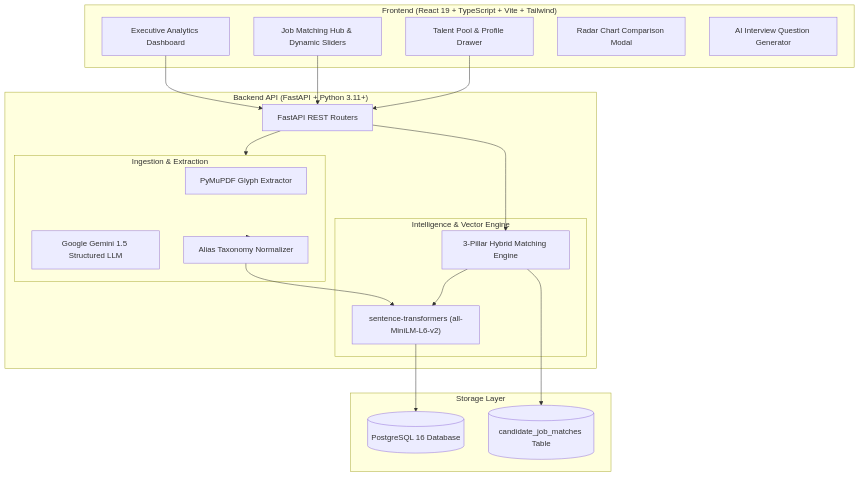
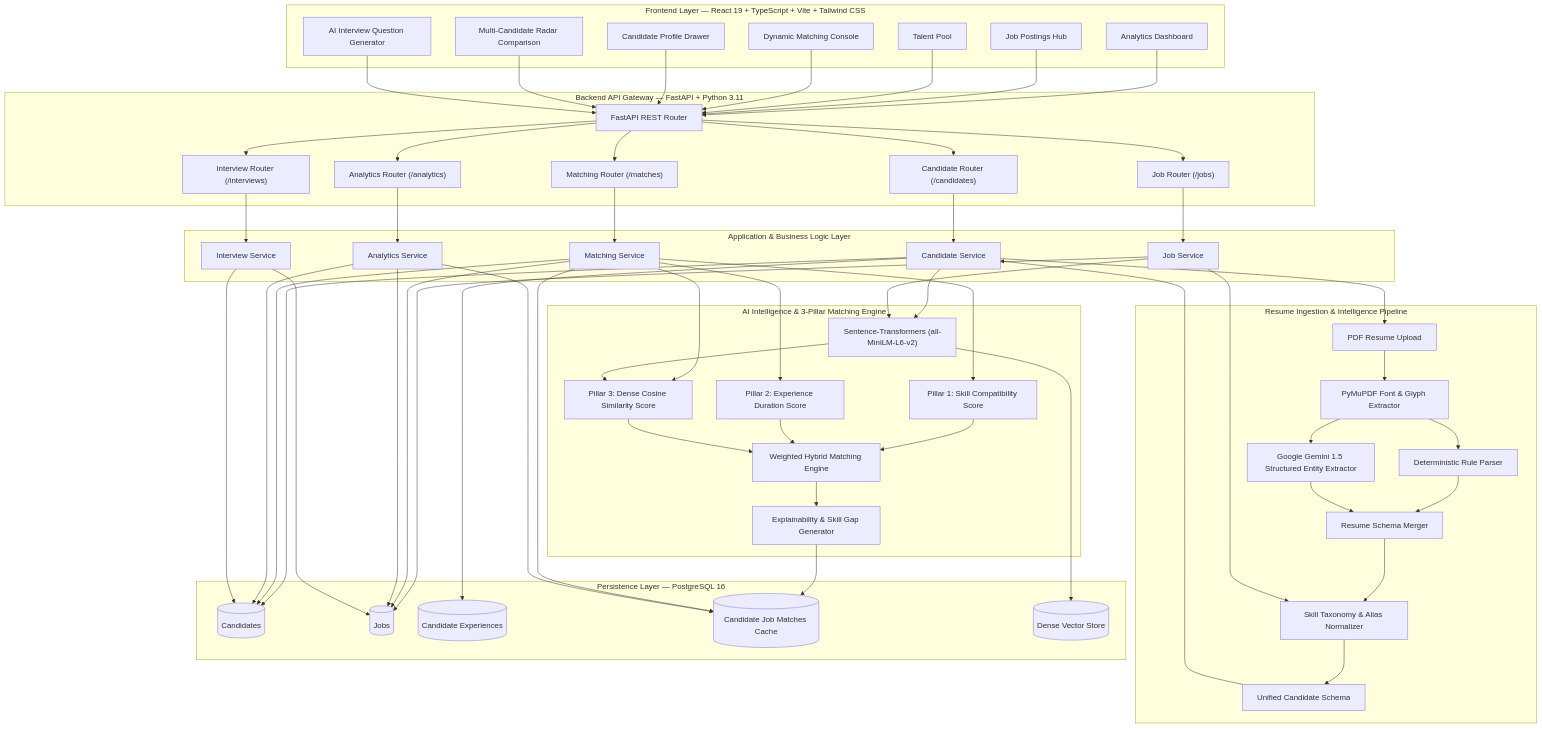
The diagram in README.md (KumarDhananjaya/talentiq-ai), drawn with Mermaid before and after one commit.

Commit message:
Revise system architecture diagram in README

````diff
--- a/README.md
+++ b/README.md
@@ -73,43 +73,149 @@
 ```mermaid
 flowchart TD
-    subgraph Client["Frontend (React 19 + TypeScript + Vite + Tailwind)"]
-        Dashboard["Executive Analytics Dashboard"]
-        JobHub["Job Matching Hub & Dynamic Sliders"]
-        TalentPool["Talent Pool & Profile Drawer"]
-        RadarCompare["Radar Chart Comparison Modal"]
-        InterviewGen["AI Interview Question Generator"]
+
+    %% ==========================================
+    %% 1. PRESENTATION LAYER
+    %% ==========================================
+    subgraph Client["Frontend Layer — React 19 + TypeScript + Vite + Tailwind CSS"]
+        Dashboard["Analytics Dashboard"]
+        Jobs["Job Postings Hub"]
+        Candidates["Talent Pool"]
+        MatchingUI["Dynamic Matching Console"]
+        CandidateProfile["Candidate Profile Drawer"]
+        Comparison["Multi-Candidate Radar Comparison"]
+        InterviewAI["AI Interview Question Generator"]
     end
 
-    subgraph Backend["Backend API (FastAPI + Python 3.11+)"]
-        API["FastAPI REST Routers"]
-        
-        subgraph Pipeline["Ingestion & Extraction"]
-            PDFParser["PyMuPDF Glyph Extractor"]
-            LLMParser["Google Gemini 1.5 Structured LLM"]
-            Taxonomy["Alias Taxonomy Normalizer"]
-        end
+    %% ==========================================
+    %% 2. API GATEWAY & ROUTING
+    %% ==========================================
+    subgraph Backend["Backend API Gateway — FastAPI + Python 3.11"]
+        API["FastAPI REST Router"]
 
-        subgraph ML["Intelligence & Vector Engine"]
-            Embedder["sentence-transformers (all-MiniLM-L6-v2)"]
-            Matcher["3-Pillar Hybrid Matching Engine"]
-        end
+        CandidateRouter["Candidate Router (/candidates)"]
+        JobRouter["Job Router (/jobs)"]
+        MatchRouter["Matching Router (/matches)"]
+        AnalyticsRouter["Analytics Router (/analytics)"]
+        InterviewRouter["Interview Router (/interviews)"]
     end
 
-    subgraph DB["Storage Layer"]
-        Postgres[(PostgreSQL 16 Database)]
-        MatchesCache[(candidate_job_matches Table)]
+    %% ==========================================
+    %% 3. APPLICATION & DOMAIN SERVICES
+    %% ==========================================
+    subgraph Services["Application & Business Logic Layer"]
+        CandidateService["Candidate Service"]
+        JobService["Job Service"]
+        MatchingService["Matching Service"]
+        AnalyticsService["Analytics Service"]
+        InterviewService["Interview Service"]
     end
 
+    %% ==========================================
+    %% 4. INGESTION & EXTRACTION PIPELINE
+    %% ==========================================
+    subgraph ResumePipeline["Resume Ingestion & Intelligence Pipeline"]
+        Upload["PDF Resume Upload"]
+        PDFParser["PyMuPDF Font & Glyph Extractor"]
+        RuleParser["Deterministic Rule Parser"]
+        GeminiParser["Google Gemini 1.5 Structured Entity Extractor"]
+        Merge["Resume Schema Merger"]
+        Normalizer["Skill Taxonomy & Alias Normalizer"]
+        CandidateSchema["Unified Candidate Schema"]
+    end
+
+    %% ==========================================
+    %% 5. INTELLIGENCE & VECTOR ENGINE
+    %% ==========================================
+    subgraph Intelligence["AI Intelligence & 3-Pillar Matching Engine"]
+        Embedder["Sentence-Transformers (all-MiniLM-L6-v2)"]
+        
+        SkillMatch["Pillar 1: Skill Compatibility Score"]
+        ExperienceMatch["Pillar 2: Experience Duration Score"]
+        SemanticMatch["Pillar 3: Dense Cosine Similarity Score"]
+
+        HybridMatcher["Weighted Hybrid Matching Engine"]
+        Explainability["Explainability & Skill Gap Generator"]
+    end
+
+    %% ==========================================
+    %% 6. PERSISTENCE LAYER
+    %% ==========================================
+    subgraph Storage["Persistence Layer — PostgreSQL 16"]
+        CandidatesTable[("Candidates")]
+        JobsTable[("Jobs")]
+        ExperiencesTable[("Candidate Experiences")]
+        MatchesTable[("Candidate Job Matches Cache")]
+        EmbeddingsTable[("Dense Vector Store")]
+    end
+
+    %% Frontend -> Gateway
     Dashboard --> API
-    JobHub --> API
-    TalentPool --> API
-    
-    API --> Pipeline
-    Pipeline --> Taxonomy
-    Taxonomy --> Embedder
-    Embedder --> Postgres
-    
-    API --> Matcher
-    Matcher --> Embedder
-    Matcher --> MatchesCache
+    Jobs --> API
+    Candidates --> API
+    MatchingUI --> API
+    CandidateProfile --> API
+    Comparison --> API
+    InterviewAI --> API
+
+    %% Gateway -> Routers
+    API --> CandidateRouter
+    API --> JobRouter
+    API --> MatchRouter
+    API --> AnalyticsRouter
+    API --> InterviewRouter
+
+    %% Routers -> Services
+    CandidateRouter --> CandidateService
+    JobRouter --> JobService
+    MatchRouter --> MatchingService
+    AnalyticsRouter --> AnalyticsService
+    InterviewRouter --> InterviewService
+
+    %% Resume Ingestion Flow
+    CandidateService --> Upload
+    Upload --> PDFParser
+    PDFParser --> RuleParser
+    PDFParser --> GeminiParser
+    RuleParser --> Merge
+    GeminiParser --> Merge
+    Merge --> Normalizer
+    Normalizer --> CandidateSchema
+    CandidateSchema --> CandidateService
+
+    %% Job Taxonomy Processing
+    JobService --> Normalizer
+
+    %% Embeddings Processing
+    CandidateService --> Embedder
+    JobService --> Embedder
+    Embedder --> EmbeddingsTable
+
+    %% 3-Pillar Matching Flow
+    MatchingService --> SkillMatch
+    MatchingService --> ExperienceMatch
+    MatchingService --> SemanticMatch
+    Embedder --> SemanticMatch
+
+    SkillMatch --> HybridMatcher
+    ExperienceMatch --> HybridMatcher
+    SemanticMatch --> HybridMatcher
+
+    HybridMatcher --> Explainability
+    Explainability --> MatchesTable
+
+    %% Persistence Access
+    CandidateService --> CandidatesTable
+    CandidateService --> ExperiencesTable
+    JobService --> JobsTable
+
+    MatchingService --> CandidatesTable
+    MatchingService --> JobsTable
+    MatchingService --> MatchesTable
+
+    AnalyticsService --> CandidatesTable
+    AnalyticsService --> JobsTable
+    AnalyticsService --> MatchesTable
+
+    InterviewService --> CandidatesTable
+    InterviewService --> JobsTable
 ```
````
